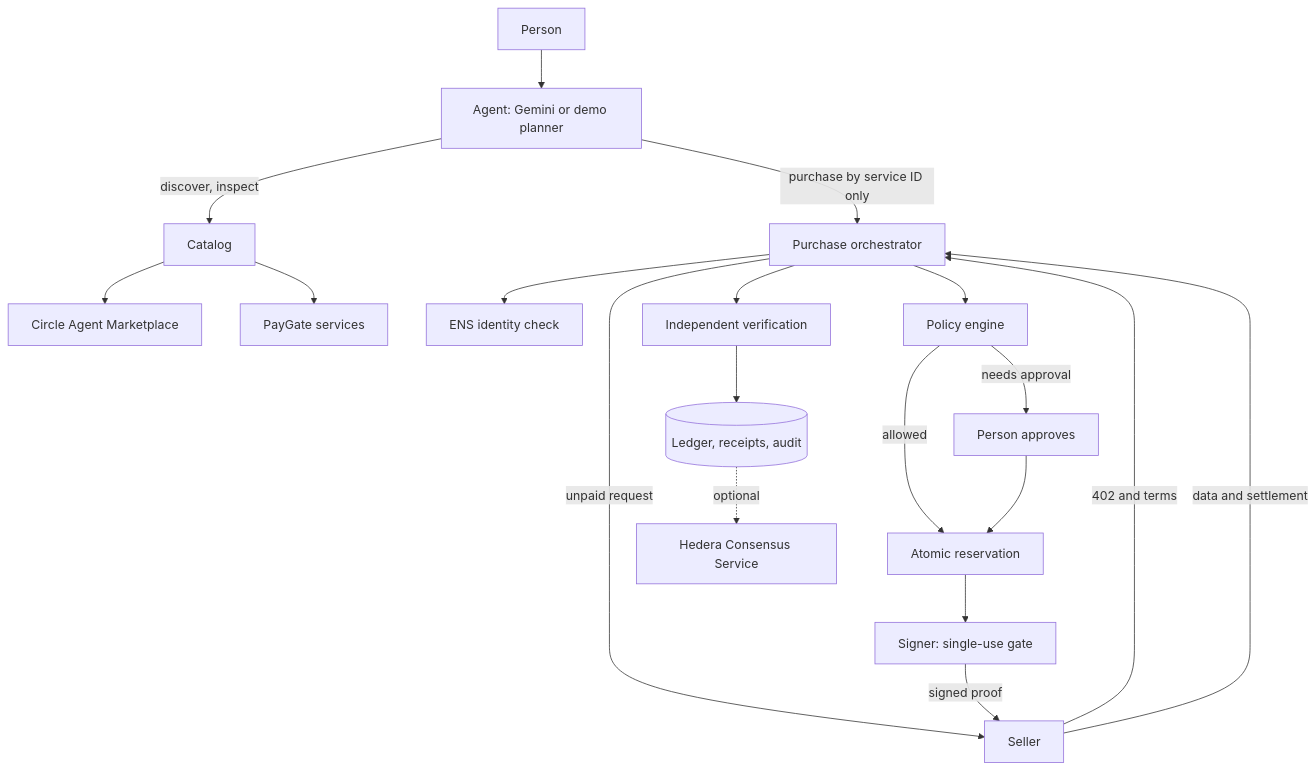
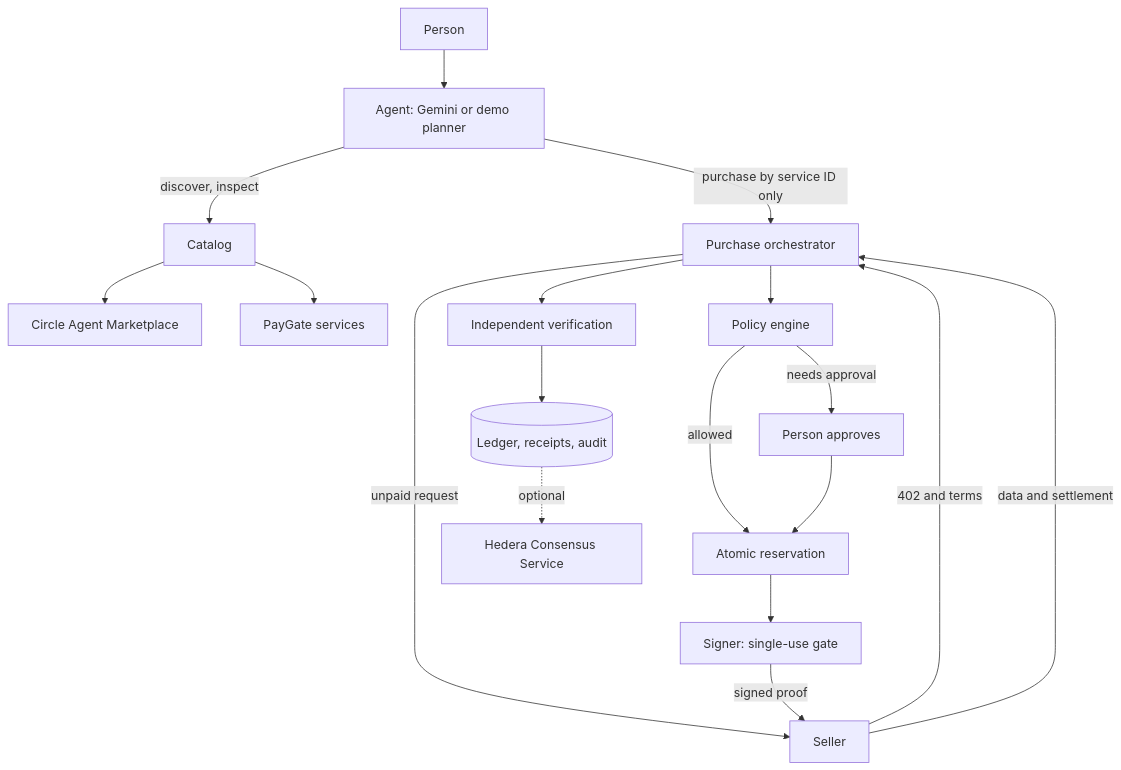
One commit to d-even/Spica changed the diagram in README.md. Above: the diagram before and after it, drawn with Mermaid. The commit also changed other lines of this file and 61 other files, not shown here.

````diff
--- a/README.md
+++ b/README.md
@@ -68,21 +66,20 @@
 ```mermaid
 flowchart TD
     U[Person] --> A[Agent: Gemini or demo planner]
     A -->|discover, inspect| C[Catalog]
     C --> CM[Circle Agent Marketplace]
     C --> PG[PayGate services]
     A -->|purchase by service ID only| P[Purchase orchestrator]
     P -->|unpaid request| S[Seller]
     S -->|402 and terms| P
-    P --> E[ENS identity check]
     P --> F[Policy engine]
     F -->|needs approval| H[Person approves]
     F -->|allowed| R[Atomic reservation]
     H --> R
     R --> K[Signer: single-use gate]
     K -->|signed proof| S
     S -->|data and settlement| P
     P --> V[Independent verification]
     V --> L[(Ledger, receipts, audit)]
     L -.optional.-> HCS[Hedera Consensus Service]
 ```
````
